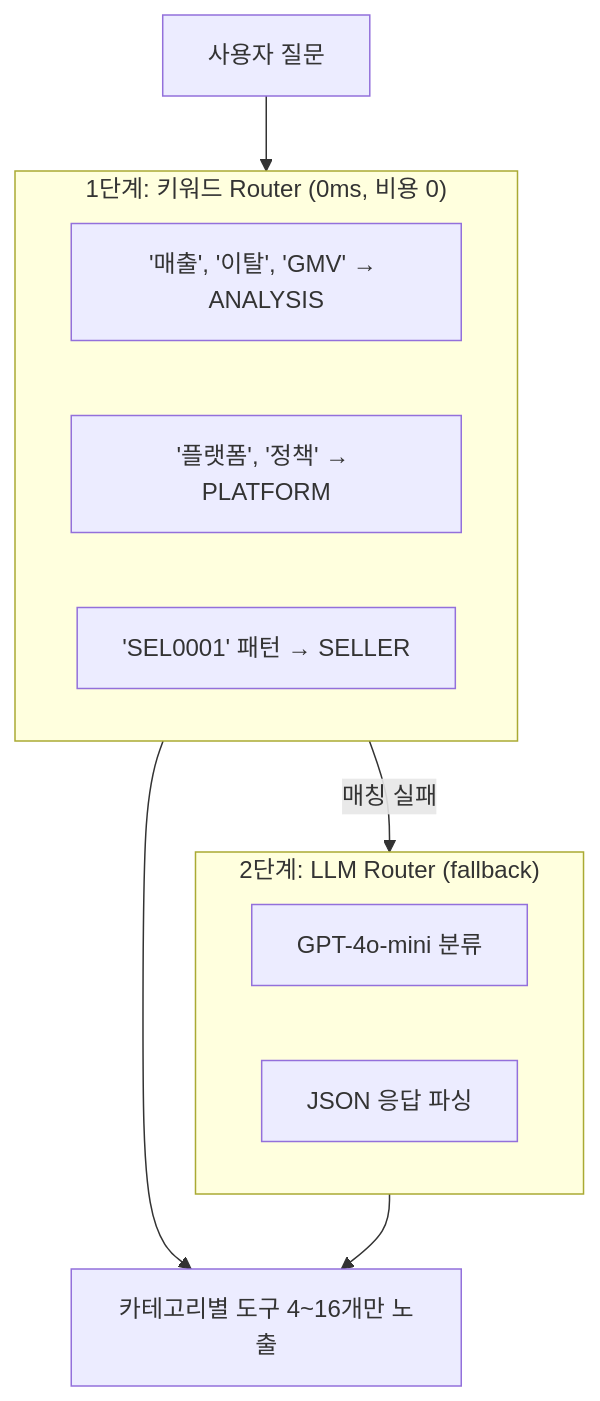
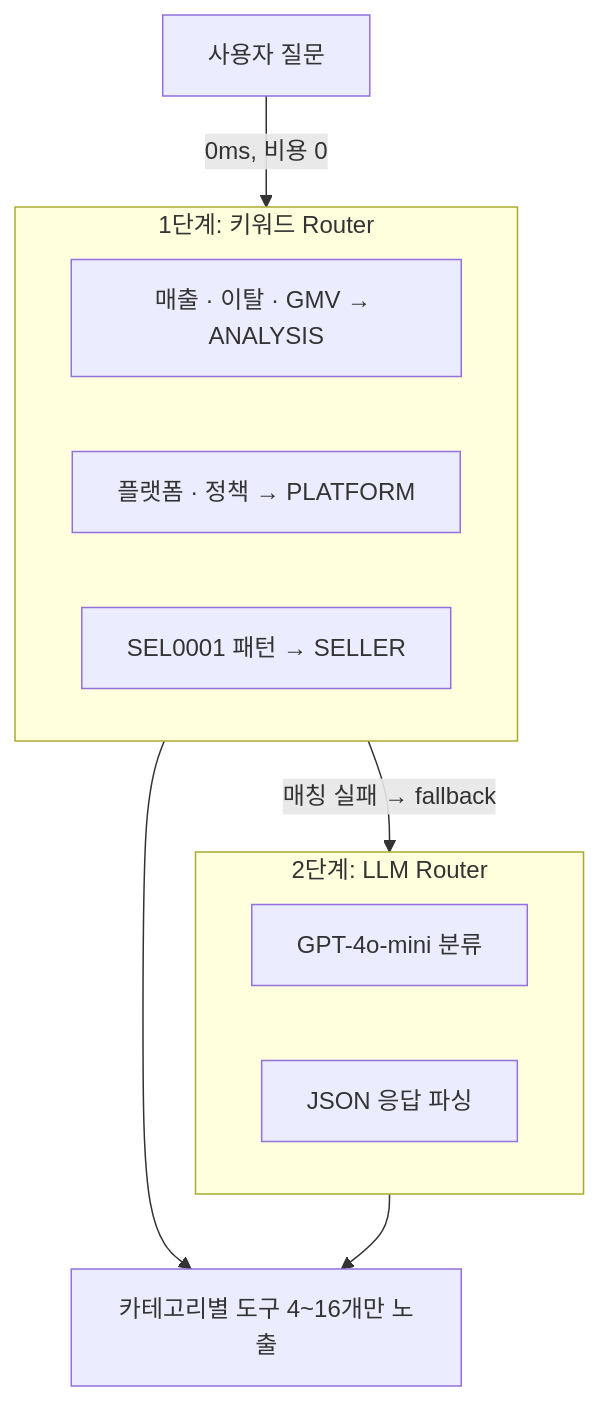
The third of 14 diagrams in portfolio/PORTFOLIO.md (ASNGG/cafe24-demo), drawn with Mermaid before and after one commit. The commit also changed other lines of this file, not shown here.

First line of the commit message:
docs: PORTFOLIO.md 스타일 개선 및 Mermaid 다이어그램 최적화

````diff
--- a/portfolio/PORTFOLIO.md
+++ b/portfolio/PORTFOLIO.md
@@ -183,19 +240,19 @@
 ```mermaid
 flowchart TB
     Q["사용자 질문"]
 
-    subgraph Stage1["1단계: 키워드 Router (0ms, 비용 0)"]
-        K1["'매출', '이탈', 'GMV' → ANALYSIS"]
-        K2["'플랫폼', '정책' → PLATFORM"]
-        K3["'SEL0001' 패턴 → SELLER"]
+    subgraph Stage1["1단계: 키워드 Router"]
+        K1["매출 · 이탈 · GMV → ANALYSIS"]
+        K2["플랫폼 · 정책 → PLATFORM"]
+        K3["SEL0001 패턴 → SELLER"]
     end
 
-    subgraph Stage2["2단계: LLM Router (fallback)"]
+    subgraph Stage2["2단계: LLM Router"]
         L1["GPT-4o-mini 분류"]
         L2["JSON 응답 파싱"]
     end
 
-    Q --> Stage1
-    Stage1 -->|"매칭 실패"| Stage2
+    Q -->|"0ms, 비용 0"| Stage1
+    Stage1 -->|"매칭 실패 → fallback"| Stage2
     Stage1 & Stage2 --> Tools["카테고리별 도구 4~16개만 노출"]
 ```
````
